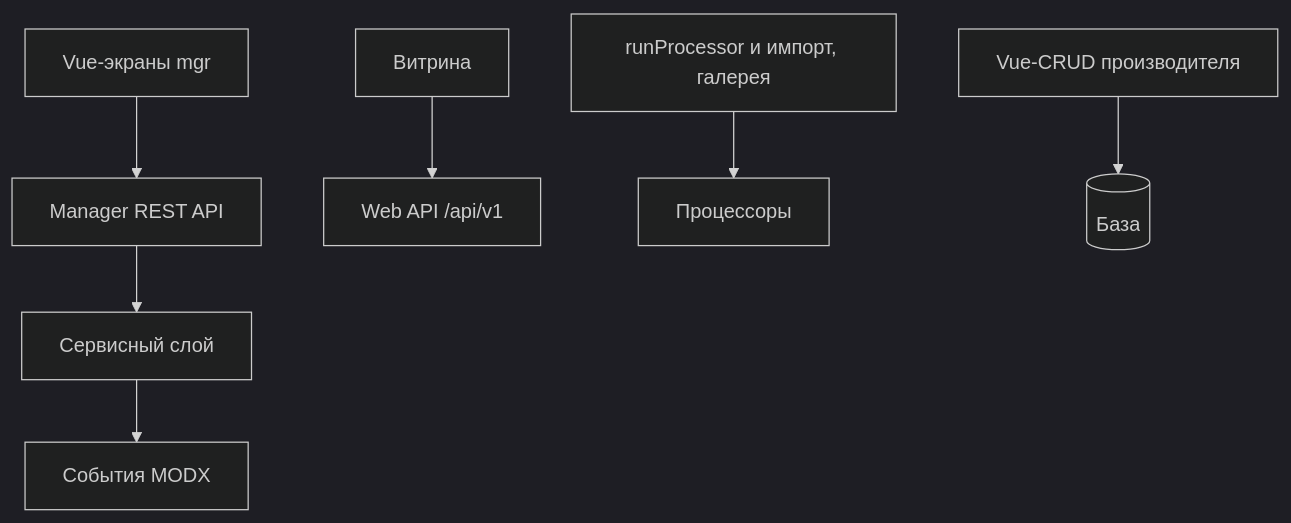
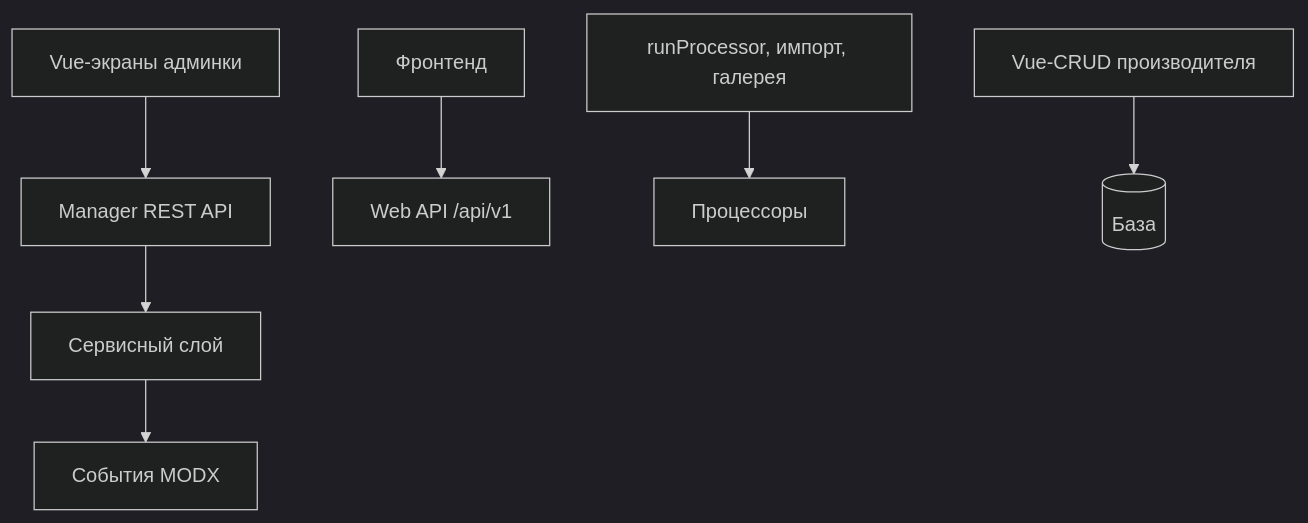
One commit to modx-pro/Docs changed the second of 2 diagrams in docs/components/minishop3/development/index.md. Above: the diagram before and after it, drawn with Mermaid (dark theme). The commit also changed other lines of this file and 9 other files, not shown here.

````diff
--- a/docs/components/minishop3/development/index.md
+++ b/docs/components/minishop3/development/index.md
@@ -35,9 +35,9 @@
 ```mermaid
 flowchart TB
-  vue[Vue-экраны mgr] --> mgrapi[Manager REST API]
-  shop[Витрина] --> webapi["Web API /api/v1"]
-  php["runProcessor и импорт, галерея"] --> proc[Процессоры]
+  vue[Vue-экраны админки] --> mgrapi[Manager REST API]
+  shop[Фронтенд] --> webapi["Web API /api/v1"]
+  php["runProcessor, импорт, галерея"] --> proc[Процессоры]
   mgrapi --> svc[Сервисный слой]
   svc --> ev[События MODX]
   vuecrud[Vue-CRUD производителя] --> db[(База)]
 ```
````
